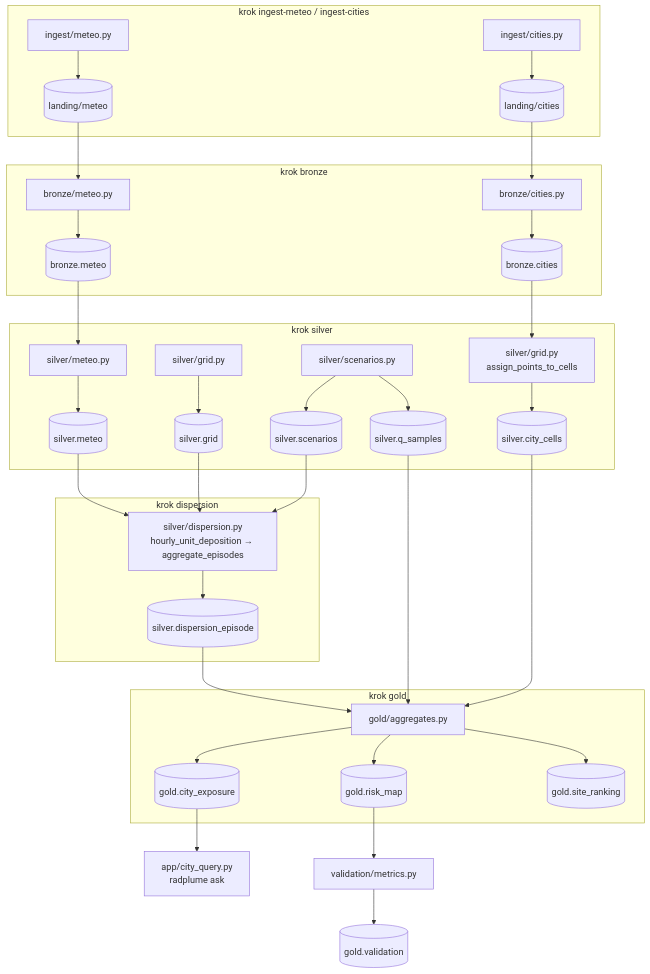
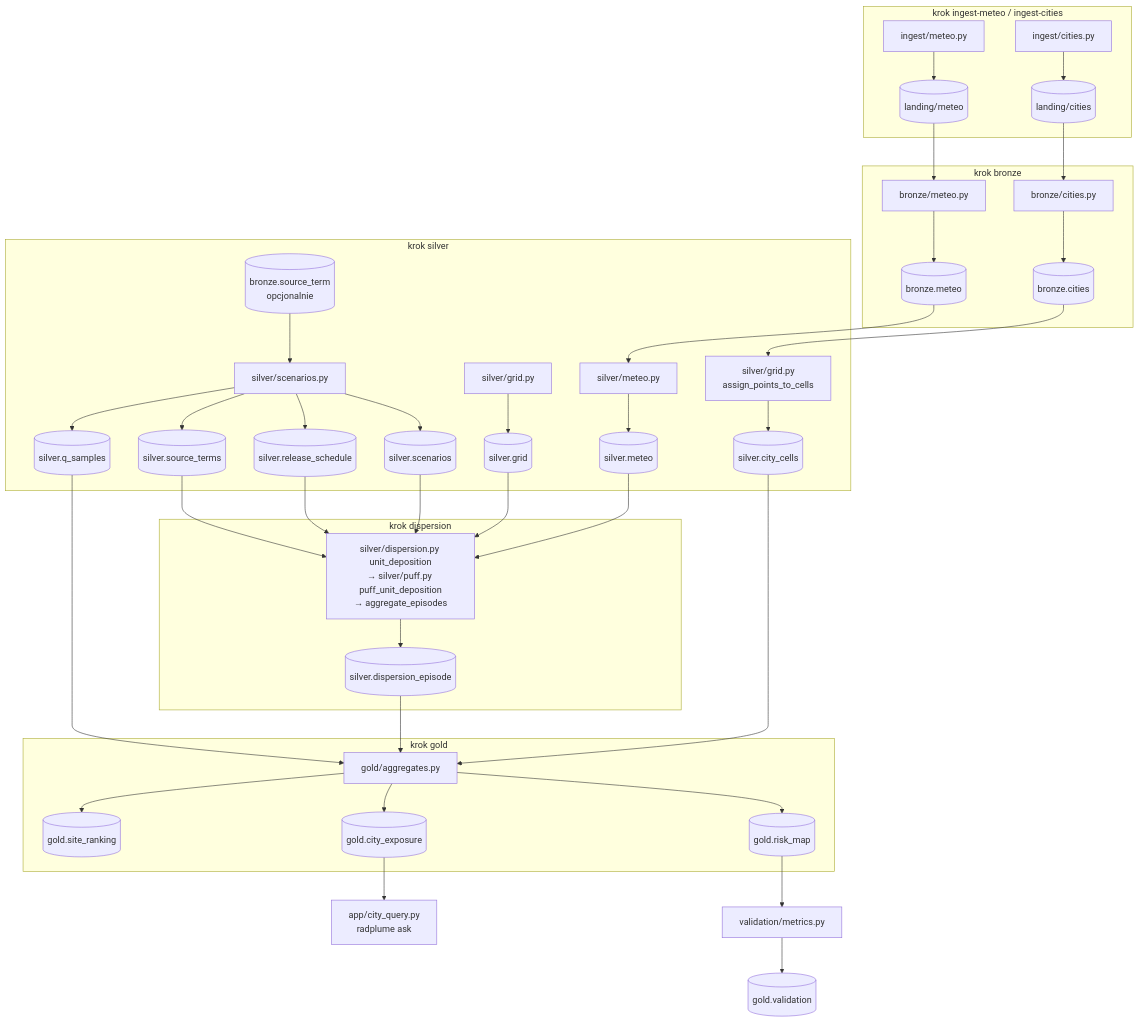
The first of 3 diagrams in docs/HOWTOREAD.md (adamalama151212-code/DEMO), drawn with Mermaid before and after one commit. The commit also changed other lines of this file and 6 other files, not shown here.

````diff
--- a/docs/HOWTOREAD.md
+++ b/docs/HOWTOREAD.md
@@ -192,34 +213,39 @@
 ```mermaid
 flowchart TD
     subgraph K1[krok ingest-meteo / ingest-cities]
         IM[ingest/meteo.py] --> LM[(landing/meteo)]
         IC[ingest/cities.py] --> LC[(landing/cities)]
     end
     subgraph K2[krok bronze]
         LM --> BMpy[bronze/meteo.py] --> BM[(bronze.meteo)]
         LC --> BCpy[bronze/cities.py] --> BC[(bronze.cities)]
     end
     subgraph K3[krok silver]
         BM --> SMpy[silver/meteo.py] --> SM[(silver.meteo)]
         GRpy[silver/grid.py] --> GR[(silver.grid)]
         BC --> GRpy2[silver/grid.py<br/>assign_points_to_cells] --> CC[(silver.city_cells)]
+        BST[(bronze.source_term<br/>opcjonalnie)] --> SCpy
         SCpy[silver/scenarios.py] --> SC[(silver.scenarios)]
+        SCpy --> RS[(silver.release_schedule)]
+        SCpy --> STT[(silver.source_terms)]
         SCpy --> QS[(silver.q_samples)]
     end
     subgraph K4[krok dispersion]
-        SM --> DI[silver/dispersion.py<br/>hourly_unit_deposition → aggregate_episodes]
+        SM --> DI[silver/dispersion.py unit_deposition<br/>→ silver/puff.py puff_unit_deposition<br/>→ aggregate_episodes]
         GR --> DI
         SC --> DI
+        RS --> DI
+        STT --> DI
         DI --> DE[(silver.dispersion_episode)]
     end
     subgraph K5[krok gold]
         DE --> AG[gold/aggregates.py]
         QS --> AG
         CC --> AG
         AG --> RM[(gold.risk_map)]
         AG --> CE[(gold.city_exposure)]
         AG --> SR[(gold.site_ranking)]
     end
     CE --> ASK[app/city_query.py<br/>radplume ask]
     RM --> VA[validation/metrics.py] --> GV[(gold.validation)]
 ```
````
